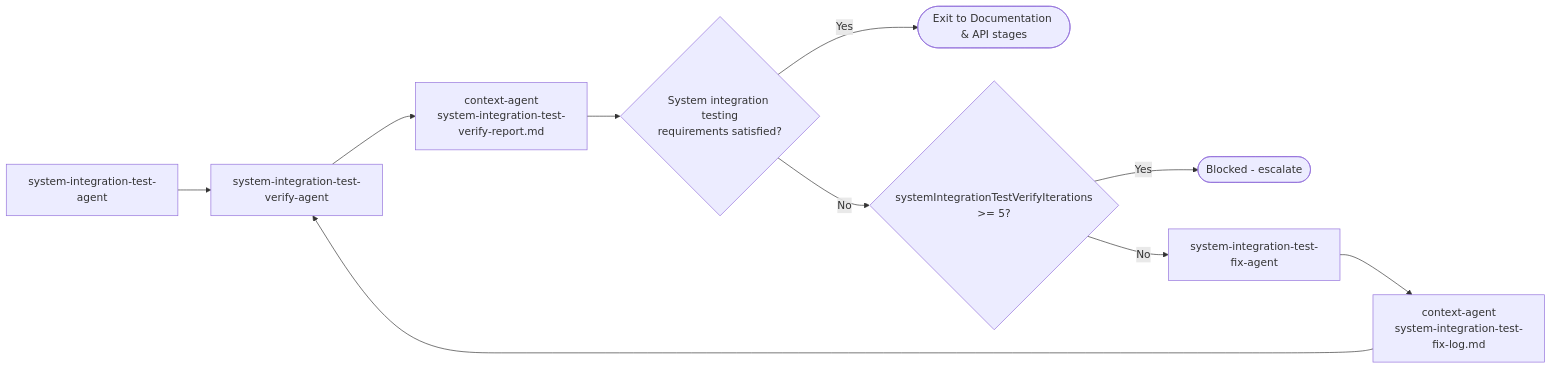
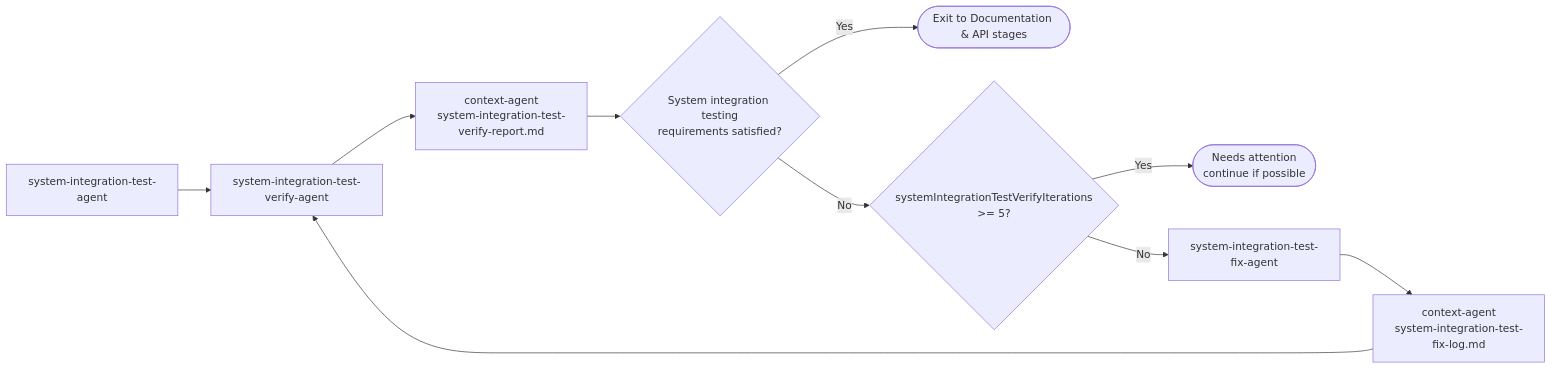
One commit to priyam-qo-box/agents changed the tenth of 16 diagrams in .cursor/agents/ARCHITECTURE.md. Above: the diagram before and after it, drawn with Mermaid. The commit also changed other lines of this file and 6 other files, not shown here.

````diff
--- a/.cursor/agents/ARCHITECTURE.md
+++ b/.cursor/agents/ARCHITECTURE.md
@@ -478,12 +478,12 @@
 ```mermaid
 flowchart LR
     G[system-integration-test-agent] --> A[system-integration-test-verify-agent]
     A --> B["context-agent<br/>system-integration-test-verify-report.md"]
     B --> C{"System integration testing<br/>requirements satisfied?"}
     C -->|Yes| Exit([Exit to Documentation & API stages])
     C -->|No| D{systemIntegrationTestVerifyIterations<br/>>= 5?}
-    D -->|Yes| Stop([Blocked - escalate])
+    D -->|Yes| Stop([Needs attention<br/>continue if possible])
     D -->|No| E[system-integration-test-fix-agent]
     E --> F["context-agent<br/>system-integration-test-fix-log.md"]
     F --> A
 ```
````
